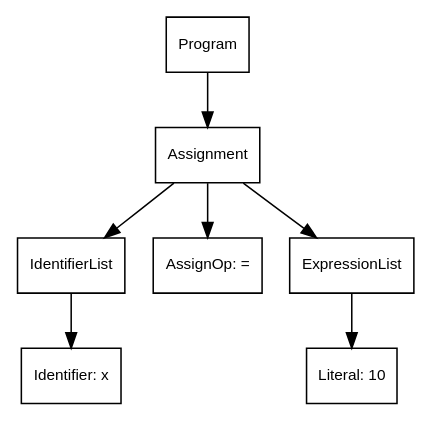
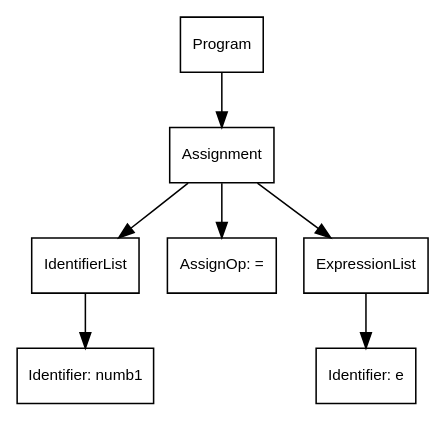
The diagram in tree.dot (JohnAzizJA/Python-Compiler), drawn with Graphviz before and after one commit. The commit also changed 6 other files, not shown here.

```diff
--- a/tree.dot
+++ b/tree.dot
@@ -1,16 +1,16 @@
 digraph ParseTree {
   node [shape=box, fontname="Arial", fontsize=10];
   node0 [label="Program"];
   node1 [label="Assignment"];
   node2 [label="IdentifierList"];
-  node3 [label="Identifier: x"];
+  node3 [label="Identifier: numb1"];
   node2 -> node3;
   node1 -> node2;
   node4 [label="AssignOp: ="];
   node1 -> node4;
   node5 [label="ExpressionList"];
-  node6 [label="Literal: 10"];
+  node6 [label="Identifier: e"];
   node5 -> node6;
   node1 -> node5;
   node0 -> node1;
 }
```
